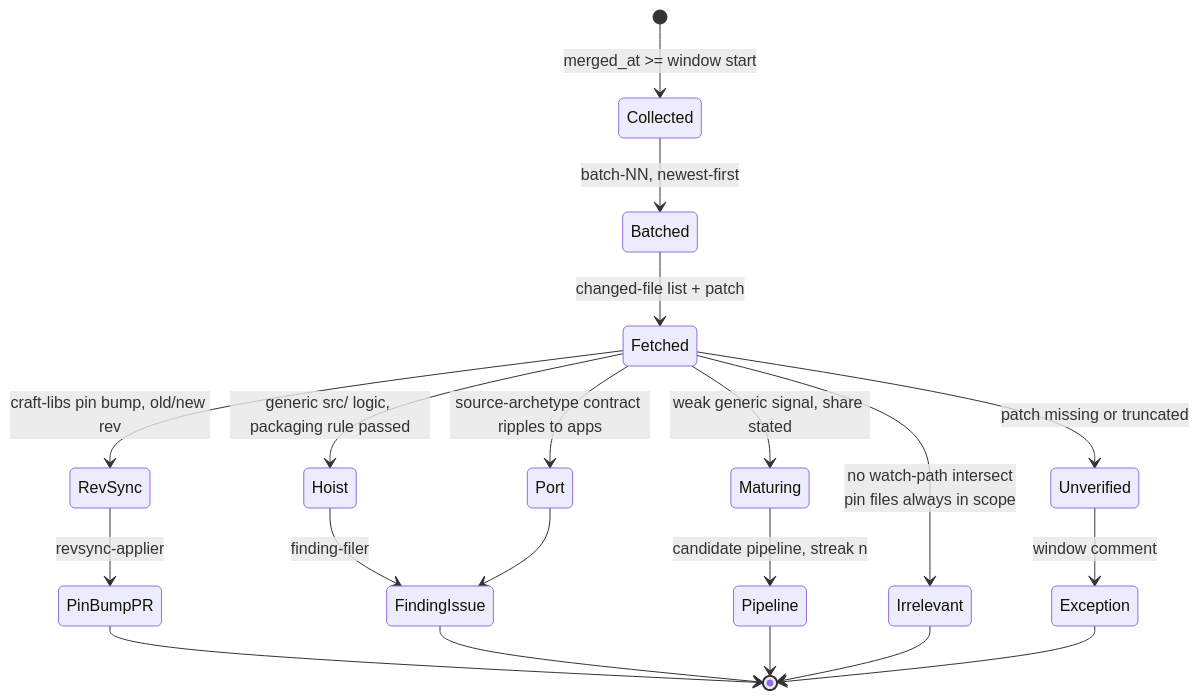
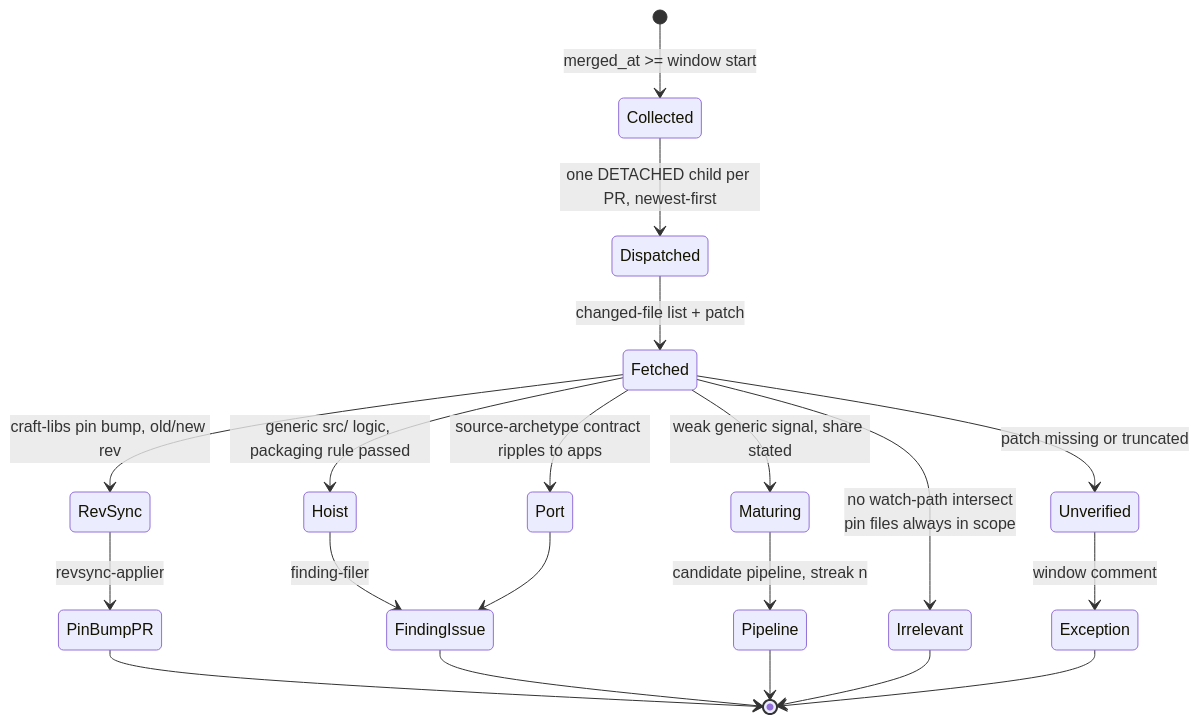
One commit to ahmedhosnypro/craft-libs-adoption changed the sixth of 12 diagrams in docs/workflow-diagrams.md. Above: the diagram before and after it, drawn with Mermaid. The commit also changed other lines of this file and 3 other files, not shown here.

First line of the commit message:
docs(scan): the diagrams and AGENTS.md describe the per-PR architecture

````diff
--- a/docs/workflow-diagrams.md
+++ b/docs/workflow-diagrams.md
@@ -157,22 +158,22 @@
 ```mermaid
 stateDiagram-v2
     [*] --> Collected: merged_at >= window start
-    Collected --> Batched: batch-NN, newest-first
-    Batched --> Fetched: changed-file list + patch
+    Collected --> Dispatched: one DETACHED child per PR, newest-first
+    Dispatched --> Fetched: changed-file list + patch
     Fetched --> Irrelevant: no watch-path intersect<br/>pin files always in scope
     Fetched --> Unverified: patch missing or truncated
     Fetched --> RevSync: craft-libs pin bump, old/new rev
     Fetched --> Hoist: generic src/ logic, packaging rule passed
     Fetched --> Port: source-archetype contract ripples to apps
     Fetched --> Maturing: weak generic signal, share stated
     RevSync --> PinBumpPR: revsync-applier
     PinBumpPR --> [*]
     Hoist --> FindingIssue: finding-filer
     Port --> FindingIssue
     FindingIssue --> [*]
     Maturing --> Pipeline: candidate pipeline, streak n
     Pipeline --> [*]
     Irrelevant --> [*]
     Unverified --> Exception: window comment
     Exception --> [*]
 ```
````
